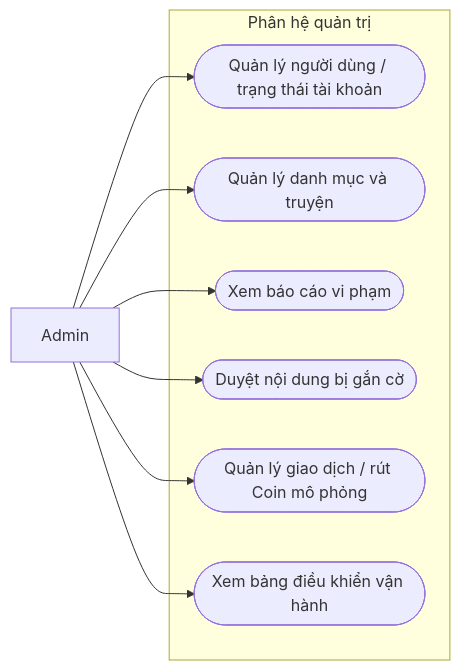
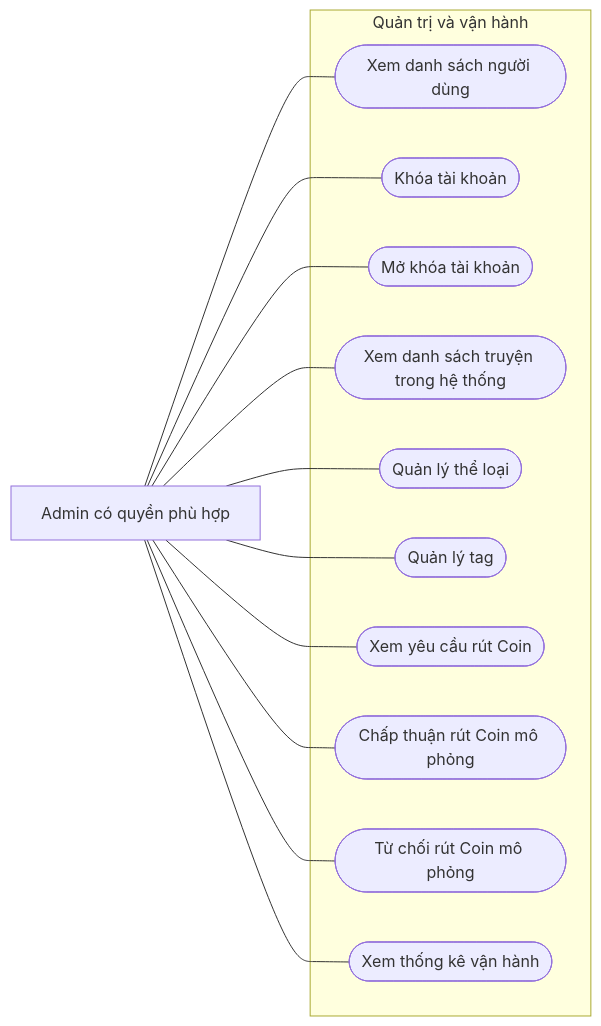
One commit to Ephurin/Novel_sharing_platform changed diagram 11 of 25 in docs/BAO_CAO_CHUONG_3.md. Above: the diagram before and after it, drawn with Mermaid. The commit also changed other lines of this file, not shown here.

Commit message:
docs: expand Chapter 3 use cases to detailed domain diagrams based on main

````diff
--- a/docs/BAO_CAO_CHUONG_3.md
+++ b/docs/BAO_CAO_CHUONG_3.md
@@ -225,18 +433,26 @@
 ```mermaid
 flowchart LR
-    AD["Admin"]
-    subgraph SYS["Phân hệ quản trị"]
-      M1(["Quản lý người dùng / trạng thái tài khoản"])
-      M2(["Quản lý danh mục và truyện"])
-      M3(["Xem báo cáo vi phạm"])
-      M4(["Duyệt nội dung bị gắn cờ"])
-      M5(["Quản lý giao dịch / rút Coin mô phỏng"])
-      M6(["Xem bảng điều khiển vận hành"])
+    AD["Admin có quyền phù hợp"]
+    subgraph SYS["Quản trị và vận hành"]
+        U1(["Xem danh sách người dùng"])
+        U2(["Khóa tài khoản"])
+        U3(["Mở khóa tài khoản"])
+        U4(["Xem danh sách truyện trong hệ thống"])
+        U5(["Quản lý thể loại"])
+        U6(["Quản lý tag"])
+        U7(["Xem yêu cầu rút Coin"])
+        U8(["Chấp thuận rút Coin mô phỏng"])
+        U9(["Từ chối rút Coin mô phỏng"])
+        U10(["Xem thống kê vận hành"])
     end
-    AD --> M1
-    AD --> M2
-    AD --> M3
-    AD --> M4
-    AD --> M5
-    AD --> M6
+    AD --- U1
+    AD --- U2
+    AD --- U3
+    AD --- U4
+    AD --- U5
+    AD --- U6
+    AD --- U7
+    AD --- U8
+    AD --- U9
+    AD --- U10
 ```
````
